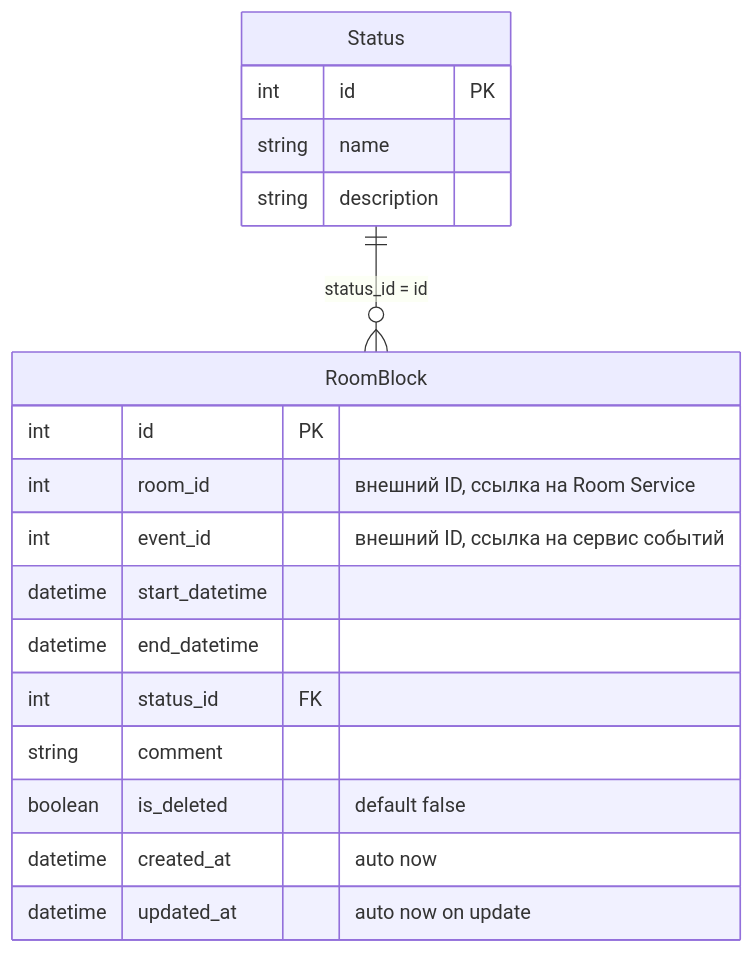
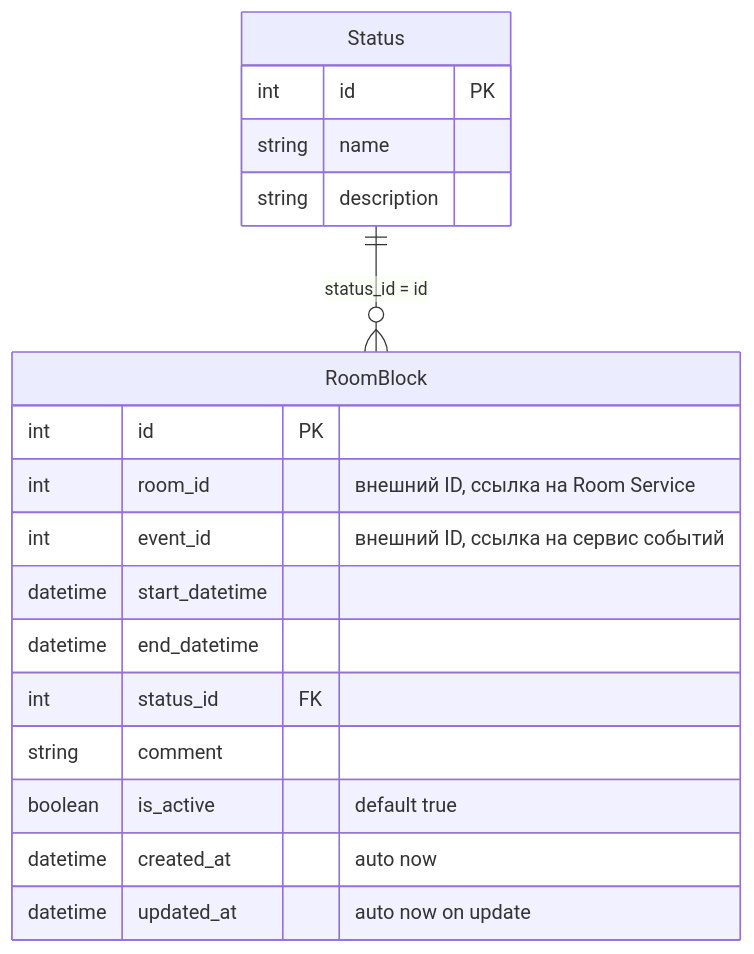
Before and after one commit to super122gg/KPK_UP2_23-1P9: the diagram in S24/doc.md, drawn with Mermaid. The commit also changed other lines of this file, not shown here.

````diff
--- a/S24/doc.md
+++ b/S24/doc.md
@@ -8,21 +8,21 @@
 ```mermaid
 erDiagram
     Status {
         int id PK
         string name
         string description
     }
     RoomBlock {
         int id PK
         int room_id "внешний ID, ссылка на Room Service"
         int event_id "внешний ID, ссылка на сервис событий"
         datetime start_datetime
         datetime end_datetime
         int status_id FK
         string comment
-        boolean is_deleted "default false"
+        boolean is_active "default true"
         datetime created_at "auto now"
         datetime updated_at "auto now on update"
     }
     Status ||--o{ RoomBlock : "status_id = id"
 ```
````
